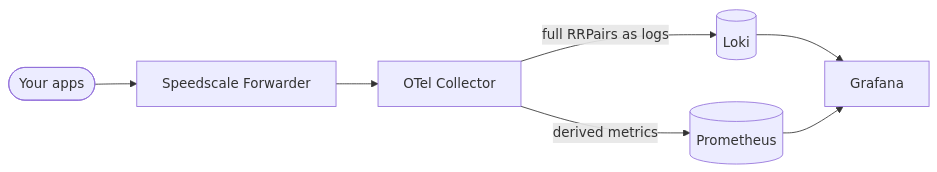
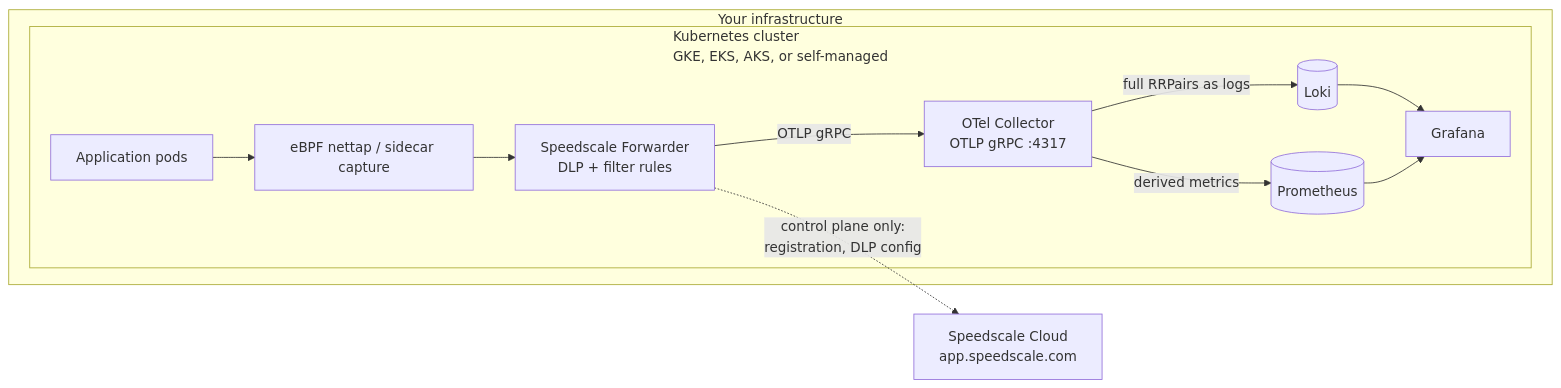
The first of 2 diagrams in charts/grafana/README.md (speedscale/speedscale-byoc), drawn with Mermaid before and after one commit. The commit also changed other lines of this file and 5 other files, not shown here.

First line of the commit message:
docs: show cloud and tenant boundaries in BYOC architecture diagrams (#41)

````diff
--- a/charts/grafana/README.md
+++ b/charts/grafana/README.md
@@ -12,9 +12,23 @@
 ```mermaid
 flowchart LR
-    apps([Your apps]) --> fwd[Speedscale Forwarder]
-    fwd --> col[OTel Collector]
-    col -->|full RRPairs as logs| loki[(Loki)]
-    col -->|derived metrics| prom[(Prometheus)]
-    loki --> grafana[Grafana]
-    prom --> grafana
+  subgraph Yours[Your infrastructure]
+    subgraph K8s[Kubernetes cluster<br/>GKE, EKS, AKS, or self-managed]
+      Apps[Application pods]
+      Cap[eBPF nettap / sidecar capture]
+      Fwd[Speedscale Forwarder<br/>DLP + filter rules]
+      OTel[OTel Collector<br/>OTLP gRPC :4317]
+      Loki[(Loki)]
+      Prom[(Prometheus)]
+      Graf[Grafana]
+    end
+  end
+  SC[Speedscale Cloud<br/>app.speedscale.com]
+
+  Apps --> Cap --> Fwd
+  Fwd -->|OTLP gRPC| OTel
+  OTel -->|full RRPairs as logs| Loki
+  OTel -->|derived metrics| Prom
+  Loki --> Graf
+  Prom --> Graf
+  Fwd -.->|control plane only:<br/>registration, DLP config| SC
 ```
````
